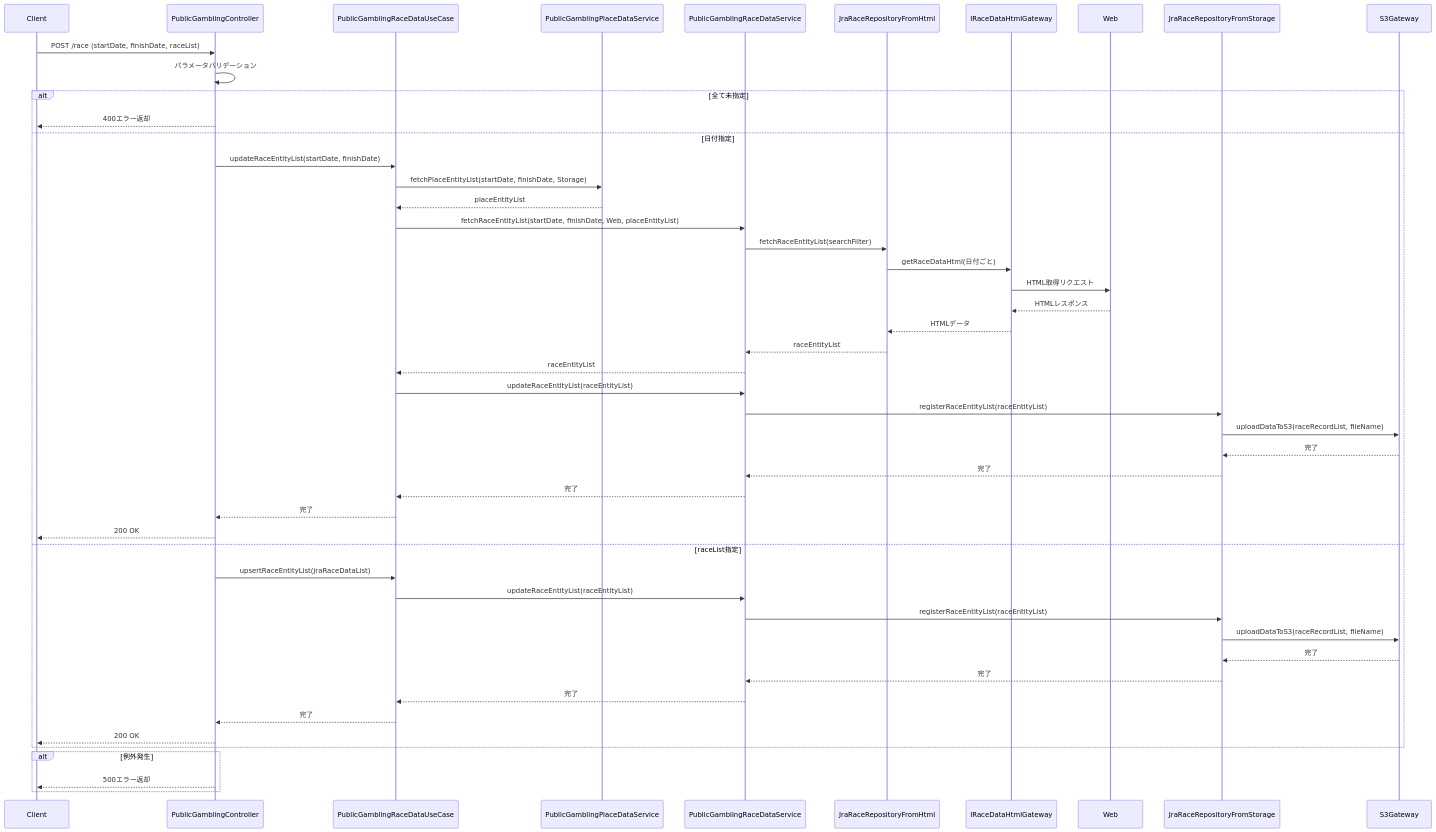
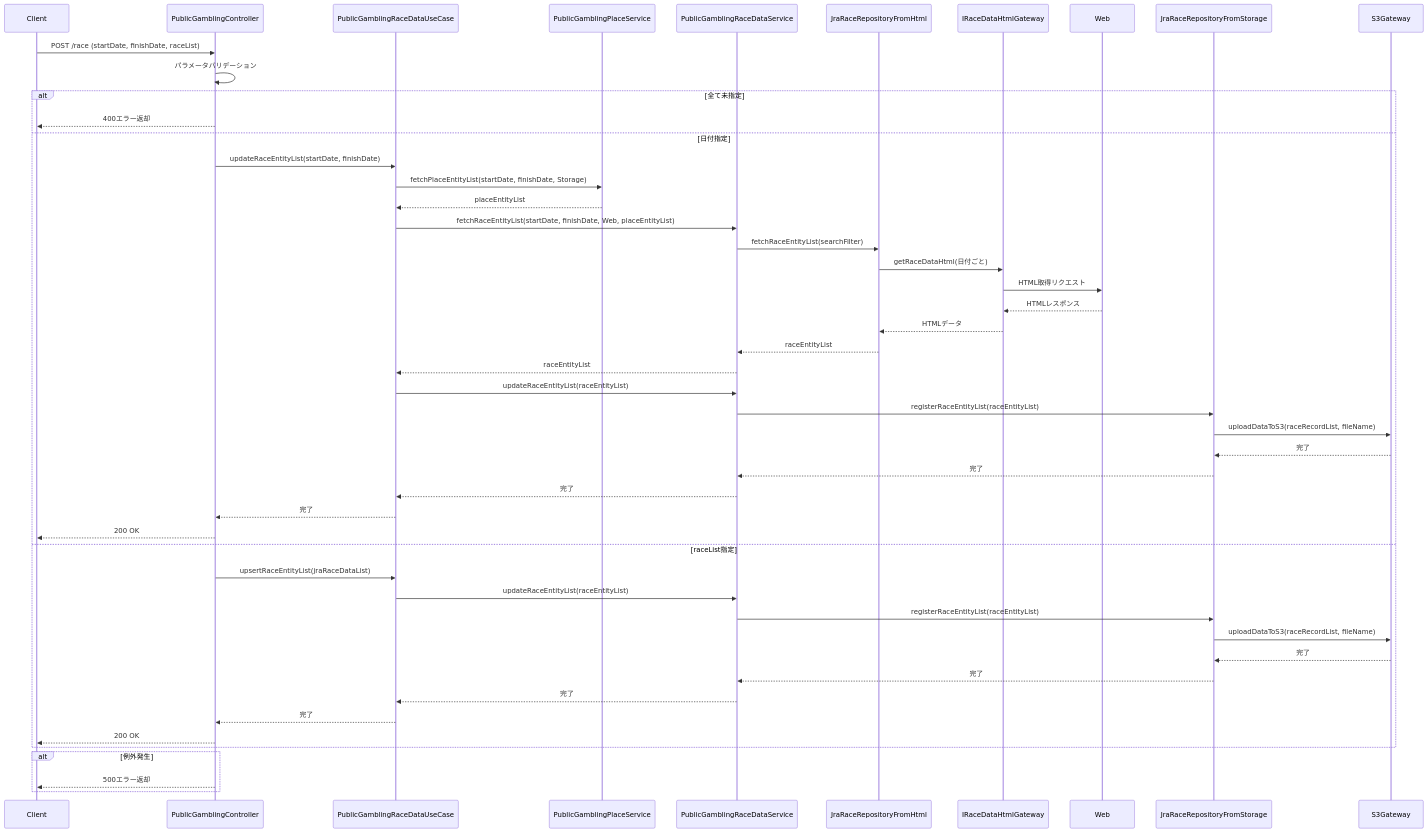
Before and after one commit to taichi6930/race-schedule-api: the diagram in document/detail-design/sequence/publicGambling/updateRaceEntityList.md, drawn with Mermaid. The commit also changed 27 other files, not shown here.

````diff
--- a/document/detail-design/sequence/publicGambling/updateRaceEntityList.md
+++ b/document/detail-design/sequence/publicGambling/updateRaceEntityList.md
@@ -3,52 +3,52 @@
 ```mermaid
 sequenceDiagram
     participant Client
     participant PublicGamblingController
     participant PublicGamblingRaceDataUseCase
-    participant PublicGamblingPlaceDataService
+    participant PublicGamblingPlaceService
     participant PublicGamblingRaceDataService
     participant JraRaceRepositoryFromHtml
     participant IRaceDataHtmlGateway
     participant Web
     participant JraRaceRepositoryFromStorage
     participant S3Gateway
 
     Client->>PublicGamblingController: POST /race (startDate, finishDate, raceList)
     PublicGamblingController->>PublicGamblingController: パラメータバリデーション
     alt 全て未指定
         PublicGamblingController-->>Client: 400エラー返却
     else 日付指定
         PublicGamblingController->>PublicGamblingRaceDataUseCase: updateRaceEntityList(startDate, finishDate)
-        PublicGamblingRaceDataUseCase->>PublicGamblingPlaceDataService: fetchPlaceEntityList(startDate, finishDate, Storage)
-        PublicGamblingPlaceDataService-->>PublicGamblingRaceDataUseCase: placeEntityList
+        PublicGamblingRaceDataUseCase->>PublicGamblingPlaceService: fetchPlaceEntityList(startDate, finishDate, Storage)
+        PublicGamblingPlaceService-->>PublicGamblingRaceDataUseCase: placeEntityList
         PublicGamblingRaceDataUseCase->>PublicGamblingRaceDataService: fetchRaceEntityList(startDate, finishDate, Web, placeEntityList)
         PublicGamblingRaceDataService->>JraRaceRepositoryFromHtml: fetchRaceEntityList(searchFilter)
         JraRaceRepositoryFromHtml->>IRaceDataHtmlGateway: getRaceDataHtml(日付ごと)
         IRaceDataHtmlGateway->>Web: HTML取得リクエスト
         Web-->>IRaceDataHtmlGateway: HTMLレスポンス
         IRaceDataHtmlGateway-->>JraRaceRepositoryFromHtml: HTMLデータ
         JraRaceRepositoryFromHtml-->>PublicGamblingRaceDataService: raceEntityList
         PublicGamblingRaceDataService-->>PublicGamblingRaceDataUseCase: raceEntityList
         PublicGamblingRaceDataUseCase->>PublicGamblingRaceDataService: updateRaceEntityList(raceEntityList)
         PublicGamblingRaceDataService->>JraRaceRepositoryFromStorage: registerRaceEntityList(raceEntityList)
         JraRaceRepositoryFromStorage->>S3Gateway: uploadDataToS3(raceRecordList, fileName)
         S3Gateway-->>JraRaceRepositoryFromStorage: 完了
         JraRaceRepositoryFromStorage-->>PublicGamblingRaceDataService: 完了
         PublicGamblingRaceDataService-->>PublicGamblingRaceDataUseCase: 完了
         PublicGamblingRaceDataUseCase-->>PublicGamblingController: 完了
         PublicGamblingController-->>Client: 200 OK
     else raceList指定
         PublicGamblingController->>PublicGamblingRaceDataUseCase: upsertRaceEntityList(jraRaceDataList)
         PublicGamblingRaceDataUseCase->>PublicGamblingRaceDataService: updateRaceEntityList(raceEntityList)
         PublicGamblingRaceDataService->>JraRaceRepositoryFromStorage: registerRaceEntityList(raceEntityList)
         JraRaceRepositoryFromStorage->>S3Gateway: uploadDataToS3(raceRecordList, fileName)
         S3Gateway-->>JraRaceRepositoryFromStorage: 完了
         JraRaceRepositoryFromStorage-->>PublicGamblingRaceDataService: 完了
         PublicGamblingRaceDataService-->>PublicGamblingRaceDataUseCase: 完了
         PublicGamblingRaceDataUseCase-->>PublicGamblingController: 完了
         PublicGamblingController-->>Client: 200 OK
     end
     alt 例外発生
         PublicGamblingController-->>Client: 500エラー返却
     end
 ```
````
